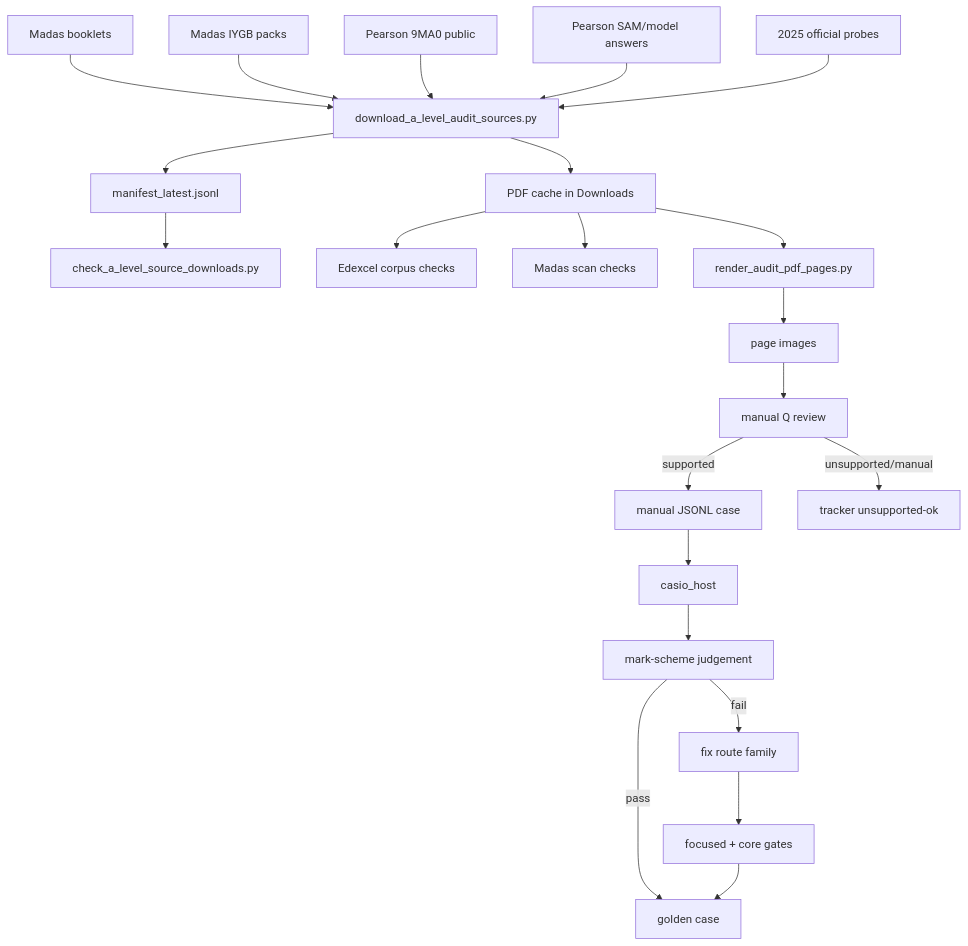
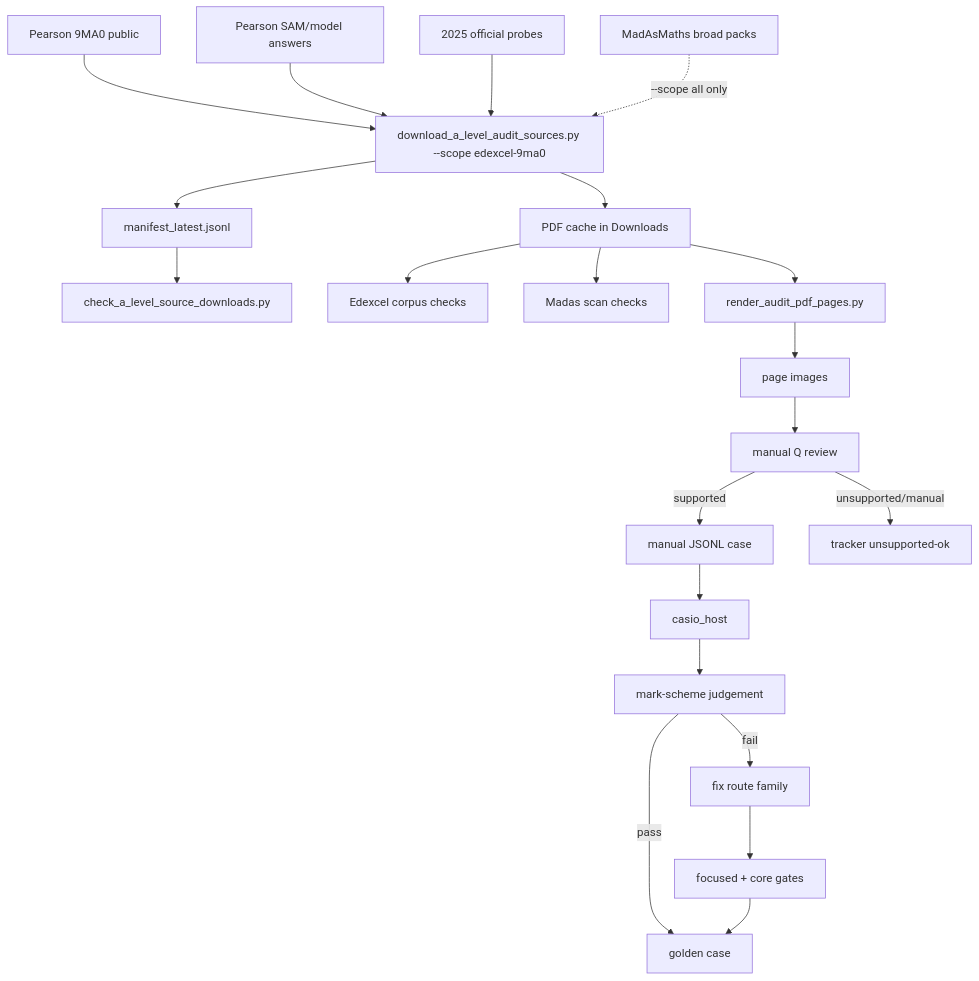
The diagram in c++/tools/golden/a_level_audit_graph.md (james8464/notes-addin-casio-fx-cg50), drawn with Mermaid before and after one commit. The commit also changed 6 other files, not shown here.

Commit message:
Scope audit downloads to Edexcel 9MA0

````diff
--- a/c++/tools/golden/a_level_audit_graph.md
+++ b/c++/tools/golden/a_level_audit_graph.md
@@ -3,24 +3,23 @@
 ```mermaid
 graph TD
-  M1["Madas booklets"] --> D["download_a_level_audit_sources.py"]
-  M2["Madas IYGB packs"] --> D
-  E1["Pearson 9MA0 public"] --> D
+  E1["Pearson 9MA0 public"] --> D["download_a_level_audit_sources.py --scope edexcel-9ma0"]
   E2["Pearson SAM/model answers"] --> D
   E3["2025 official probes"] --> D
+  M1["MadAsMaths broad packs"] -. "--scope all only" .-> D
   D --> P["PDF cache in Downloads"]
   D --> X["manifest_latest.jsonl"]
   X --> V["check_a_level_source_downloads.py"]
   P --> E["Edexcel corpus checks"]
   P --> S["Madas scan checks"]
   P --> R["render_audit_pdf_pages.py"]
   R --> I["page images"]
   I --> Q["manual Q review"]
   Q -->|supported| J["manual JSONL case"]
   Q -->|unsupported/manual| U["tracker unsupported-ok"]
   J --> H["casio_host"]
   H --> C["mark-scheme judgement"]
   C -->|pass| G["golden case"]
   C -->|fail| F["fix route family"]
   F --> T["focused + core gates"]
   T --> G
 ```
````
